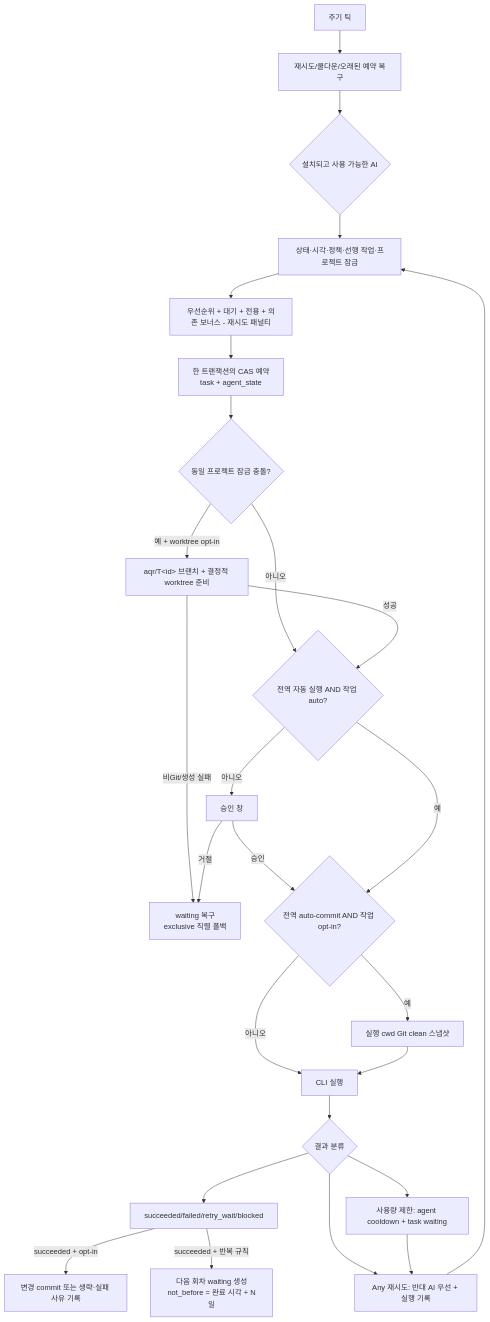
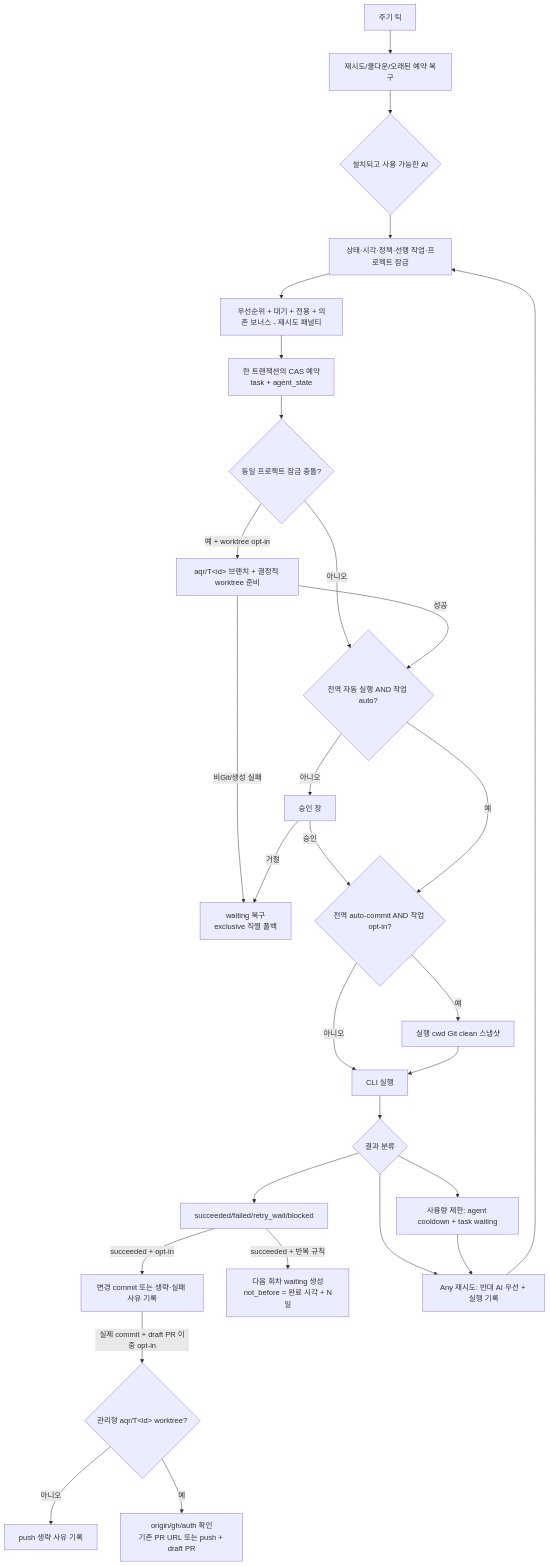
Before and after one commit to jasonwpgml/AQR: the fourth of 4 diagrams in ai-queue-runner/docs/ARCHITECTURE.md, drawn with Mermaid. The commit also changed other lines of this file and 27 other files, not shown here.

First line of the commit message:
feat: opt-in draft PR creation after auto commit (T039)

````diff
--- a/ai-queue-runner/docs/ARCHITECTURE.md
+++ b/ai-queue-runner/docs/ARCHITECTURE.md
@@ -249,28 +256,31 @@
 ```mermaid
 flowchart TD
     TICK[주기 틱] --> MAINT[재시도/쿨다운/오래된 예약 복구]
     MAINT --> AG{설치되고 사용 가능한 AI}
     AG --> FILTER[상태·시각·정책·선행 작업·프로젝트 잠금]
     FILTER --> SCORE[우선순위 + 대기 + 전용 + 의존 보너스 - 재시도 패널티]
     SCORE --> CAS[한 트랜잭션의 CAS 예약\ntask + agent_state]
     CAS --> ISOLATE{동일 프로젝트 잠금 충돌?}
     ISOLATE -- 아니오 --> APPROVE
     ISOLATE -- "예 + worktree opt-in" --> PREP[aqr/T&lt;id&gt; 브랜치 + 결정적 worktree 준비]
     PREP -- 성공 --> APPROVE{전역 자동 실행 AND 작업 auto?}
     PREP -- 비Git/생성 실패 --> WAIT[waiting 복구\nexclusive 직렬 폴백]
     APPROVE -- 아니오 --> USER[승인 창]
     USER -- 승인 --> PREFLIGHT
     USER -- 거절 --> WAIT
     APPROVE -- 예 --> PREFLIGHT{전역 auto-commit AND 작업 opt-in?}
     PREFLIGHT -- 아니오 --> RUN[CLI 실행]
     PREFLIGHT -- 예 --> CLEAN[실행 cwd Git clean 스냅샷]
     CLEAN --> RUN
     RUN --> RESULT{결과 분류}
     RESULT --> DONE[succeeded/failed/retry_wait/blocked]
     DONE -->|succeeded + opt-in| COMMIT[변경 commit 또는 생략·실패 사유 기록]
+    COMMIT -->|실제 commit + draft PR 이중 opt-in| PUBLISH{관리형 aqr/T&lt;id&gt; worktree?}
+    PUBLISH -- 아니오 --> PRSKIP[push 생략 사유 기록]
+    PUBLISH -- 예 --> PR[origin/gh/auth 확인\n기존 PR URL 또는 push + draft PR]
     DONE -->|succeeded + 반복 규칙| NEXT[다음 회차 waiting 생성\nnot_before = 완료 시각 + N일]
     RESULT --> LIMIT[사용량 제한: agent cooldown + task waiting]
     RESULT --> FALLBACK[Any 재시도: 반대 AI 우선 + 실행 기록]
     FALLBACK --> FILTER
     LIMIT --> FALLBACK
 ```
````
